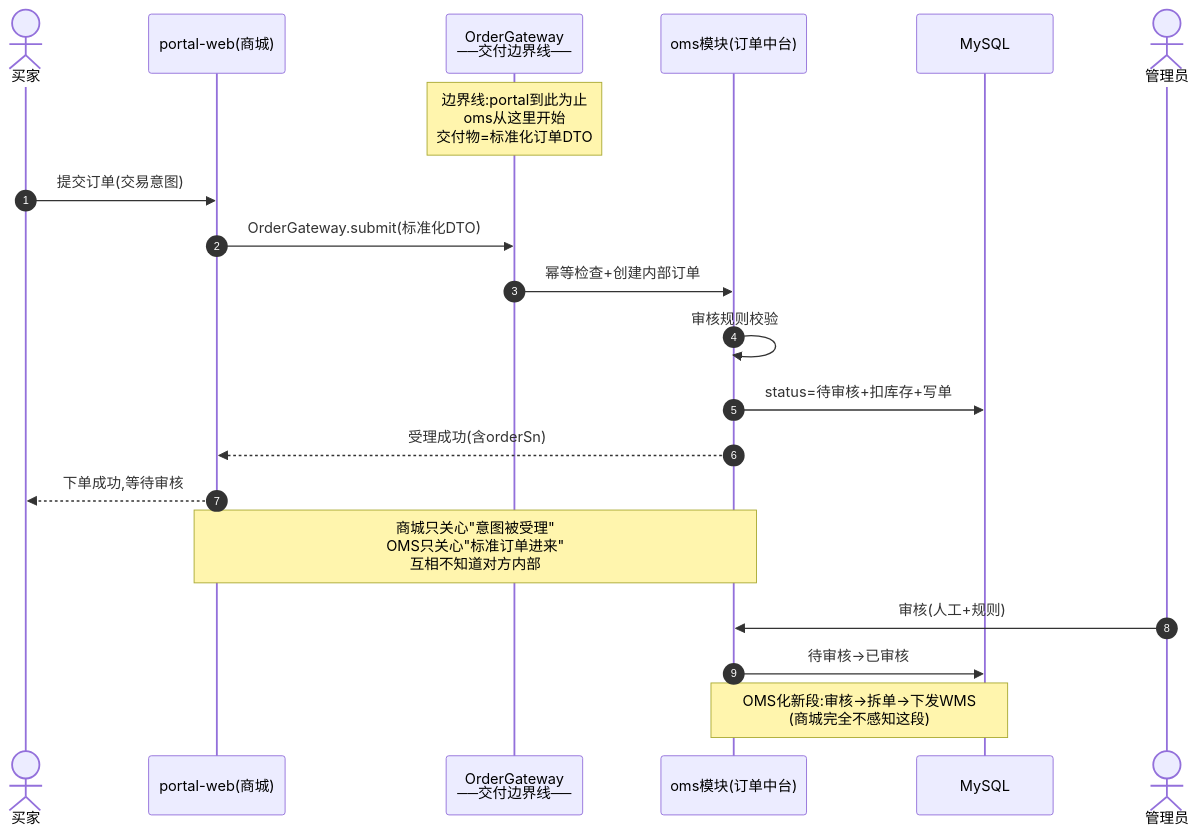
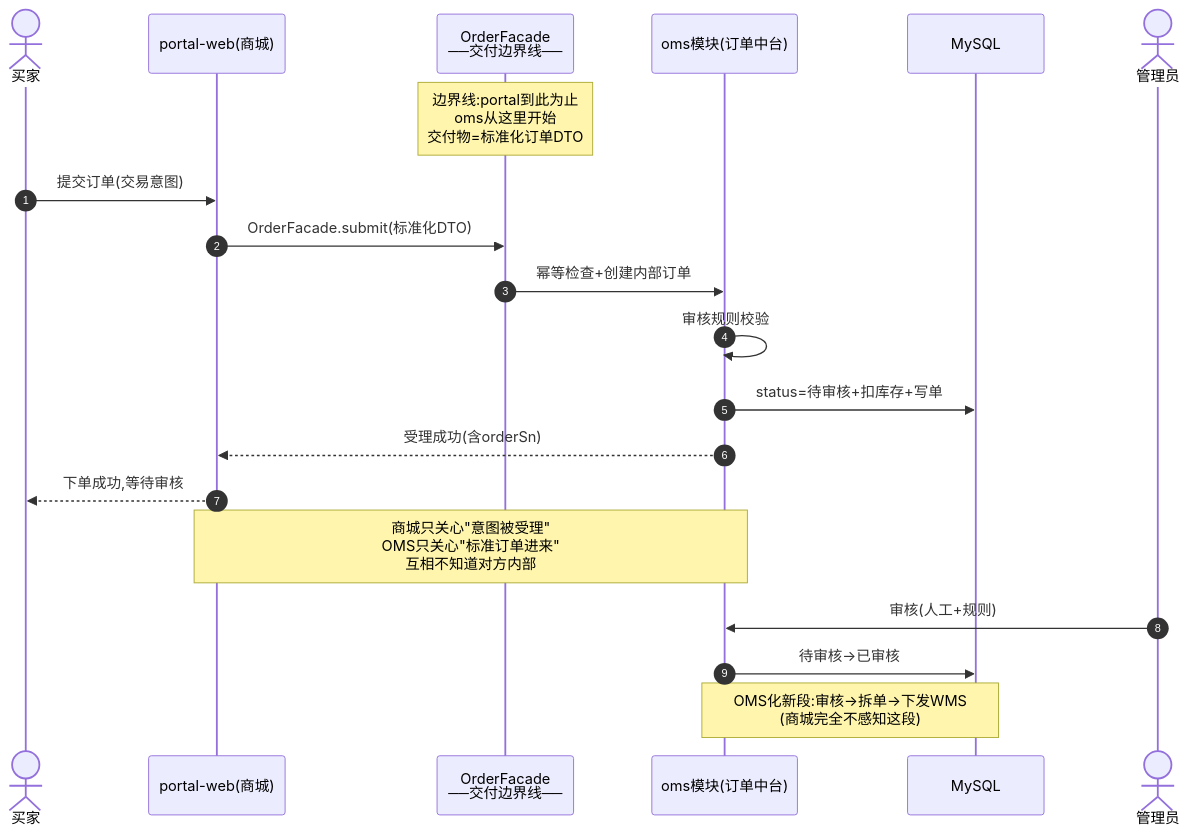
The diagram in docs/flows/20-交互边界-改造后.mmd (zzy-repo/qiqi-mall), drawn with Mermaid before and after one commit. The commit also changed 3 other files, not shown here.

Commit message:
docs: 删除冗余md(boundary-plan/archunit并入流程与对话),图20 OrderGateway改名OrderFacade对齐方案A

```diff
--- a/docs/flows/20-交互边界-改造后.mmd
+++ b/docs/flows/20-交互边界-改造后.mmd
@@ -1,22 +1,22 @@
 sequenceDiagram
     autonumber
     actor M as 买家
     participant P as portal-web(商城)
-    participant GW as OrderGateway<br/>──交付边界线──
+    participant GW as OrderFacade<br/>──交付边界线──
     participant OMS as oms模块(订单中台)
     participant DB as MySQL
     actor Ad as 管理员
 
     Note over GW: 边界线:portal到此为止<br/>oms从这里开始<br/>交付物=标准化订单DTO
     M->>P: 提交订单(交易意图)
-    P->>GW: OrderGateway.submit(标准化DTO)
+    P->>GW: OrderFacade.submit(标准化DTO)
     GW->>OMS: 幂等检查+创建内部订单
     OMS->>OMS: 审核规则校验
     OMS->>DB: status=待审核+扣库存+写单
     OMS-->>P: 受理成功(含orderSn)
     P-->>M: 下单成功,等待审核
     Note over P,OMS: 商城只关心"意图被受理"<br/>OMS只关心"标准订单进来"<br/>互相不知道对方内部
 
     Ad->>OMS: 审核(人工+规则)
     OMS->>DB: 待审核→已审核
     Note over OMS,DB: OMS化新段:审核→拆单→下发WMS<br/>(商城完全不感知这段)
```
